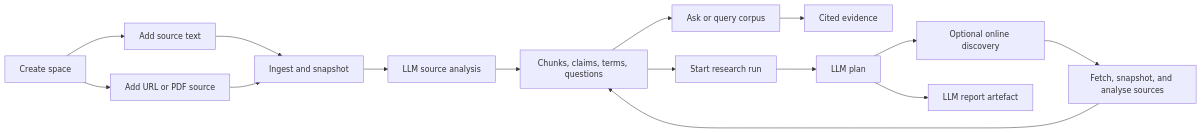
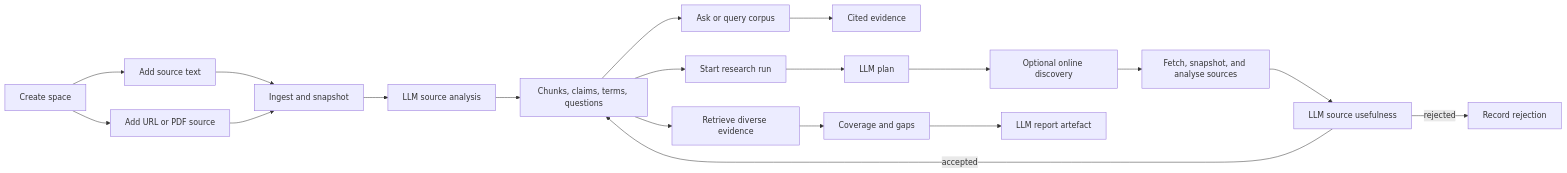
The diagram in docs/knowledge-space.md (AndrewNeudegg/lab), drawn with Mermaid before and after one commit. The commit also changed other lines of this file and 20 other files, not shown here.

````diff
--- a/docs/knowledge-space.md
+++ b/docs/knowledge-space.md
@@ -7,17 +7,21 @@
 ```mermaid
 flowchart LR
   Space[Create space] --> Source[Add source text]
   Space --> URL[Add URL or PDF source]
   Source --> Process[Ingest and snapshot]
   URL --> Process
   Process --> Analyse[LLM source analysis]
   Analyse --> Index[Chunks, claims, terms, questions]
   Index --> Ask[Ask or query corpus]
   Ask --> Evidence[Cited evidence]
   Index --> Run[Start research run]
   Run --> Plan[LLM plan]
   Plan --> Discover[Optional online discovery]
   Discover --> Import[Fetch, snapshot, and analyse sources]
-  Import --> Index
-  Plan --> Report[LLM report artefact]
+  Import --> Evaluate[LLM source usefulness]
+  Evaluate -->|accepted| Index
+  Evaluate -->|rejected| Drop[Record rejection]
+  Index --> Retrieve[Retrieve diverse evidence]
+  Retrieve --> Coverage[Coverage and gaps]
+  Coverage --> Report[LLM report artefact]
 ```
````
